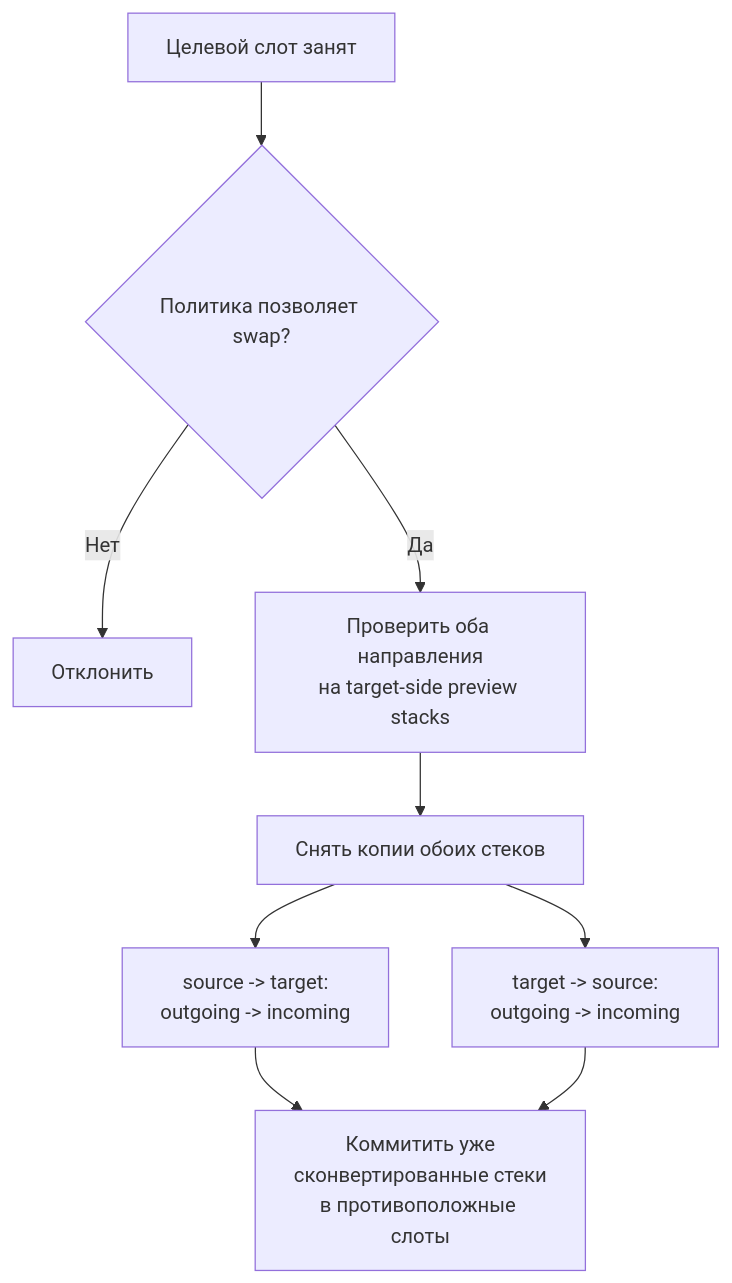
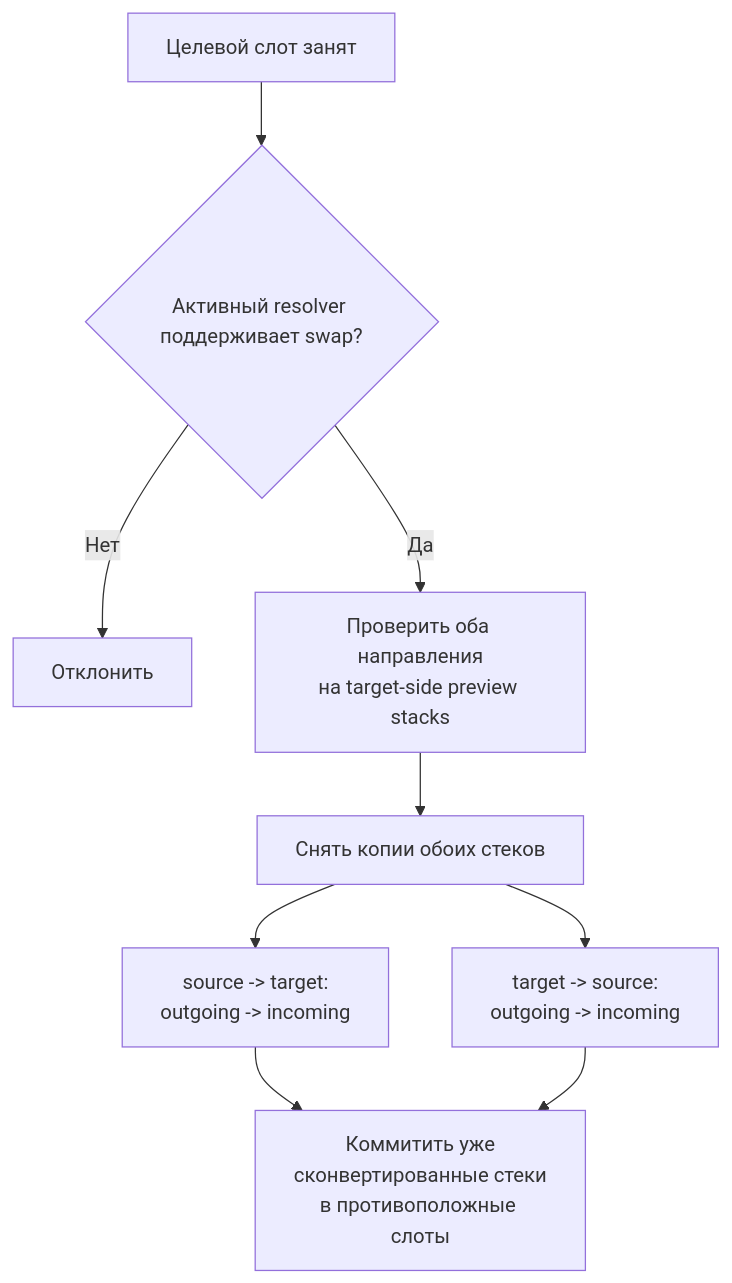
The eighth of 8 diagrams in .docs/content/architecture/transfer-pipeline.ru.md (SergeevSergey99/DragAndDropSystem-Docs), drawn with Mermaid before and after one commit. The commit also changed other lines of this file and 29 other files, not shown here.

````diff
--- a/.docs/content/architecture/transfer-pipeline.ru.md
+++ b/.docs/content/architecture/transfer-pipeline.ru.md
@@ -329,11 +329,11 @@
 ```mermaid
 flowchart TD
-    A["Целевой слот занят"] --> B{"Политика позволяет swap?"}
+    A["Целевой слот занят"] --> B{"Активный resolver поддерживает swap?"}
     B -->|Нет| C["Отклонить"]
     B -->|Да| D["Проверить оба направления\nна target-side preview stacks"]
     D --> E["Снять копии обоих стеков"]
     E --> F["source -> target:\noutgoing -> incoming"]
     E --> G["target -> source:\noutgoing -> incoming"]
     F --> H["Коммитить уже\nсконвертированные стеки\nв противоположные слоты"]
     G --> H
 ```
````
